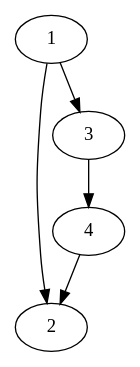
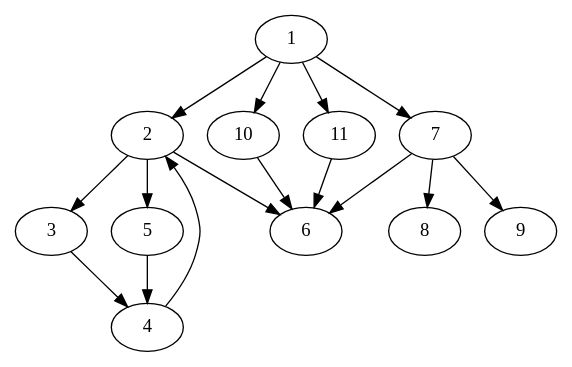
One commit to Rogielgit/GfcforTeste changed the diagram in graph.dot. Above: the diagram before and after it, drawn with Graphviz. The commit also changed 4 other files, not shown here.

```diff
--- a/graph.dot
+++ b/graph.dot
@@ -1,7 +1,17 @@
-digraph{
- 1 -> 2
- 1 -> 3
- 3 -> 4
- 4 -> 2
-
+digraph {
+2 -> 3
+4 -> 2
+3 -> 4
+2 -> 5
+5 -> 4
+1 -> 2
+2 -> 6
+7 -> 8
+7 -> 9
+1 -> 7
+7 -> 6
+1 -> 10
+10 -> 6
+1 -> 11
+11 -> 6
 }
```
